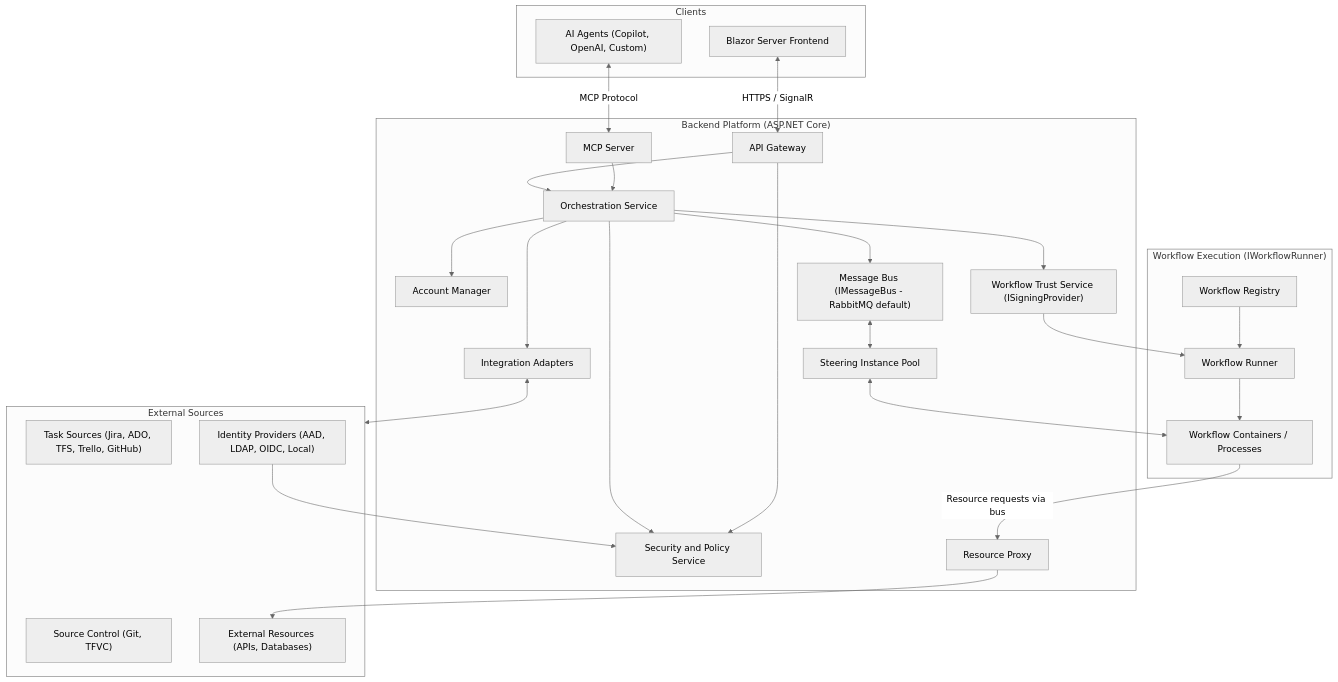
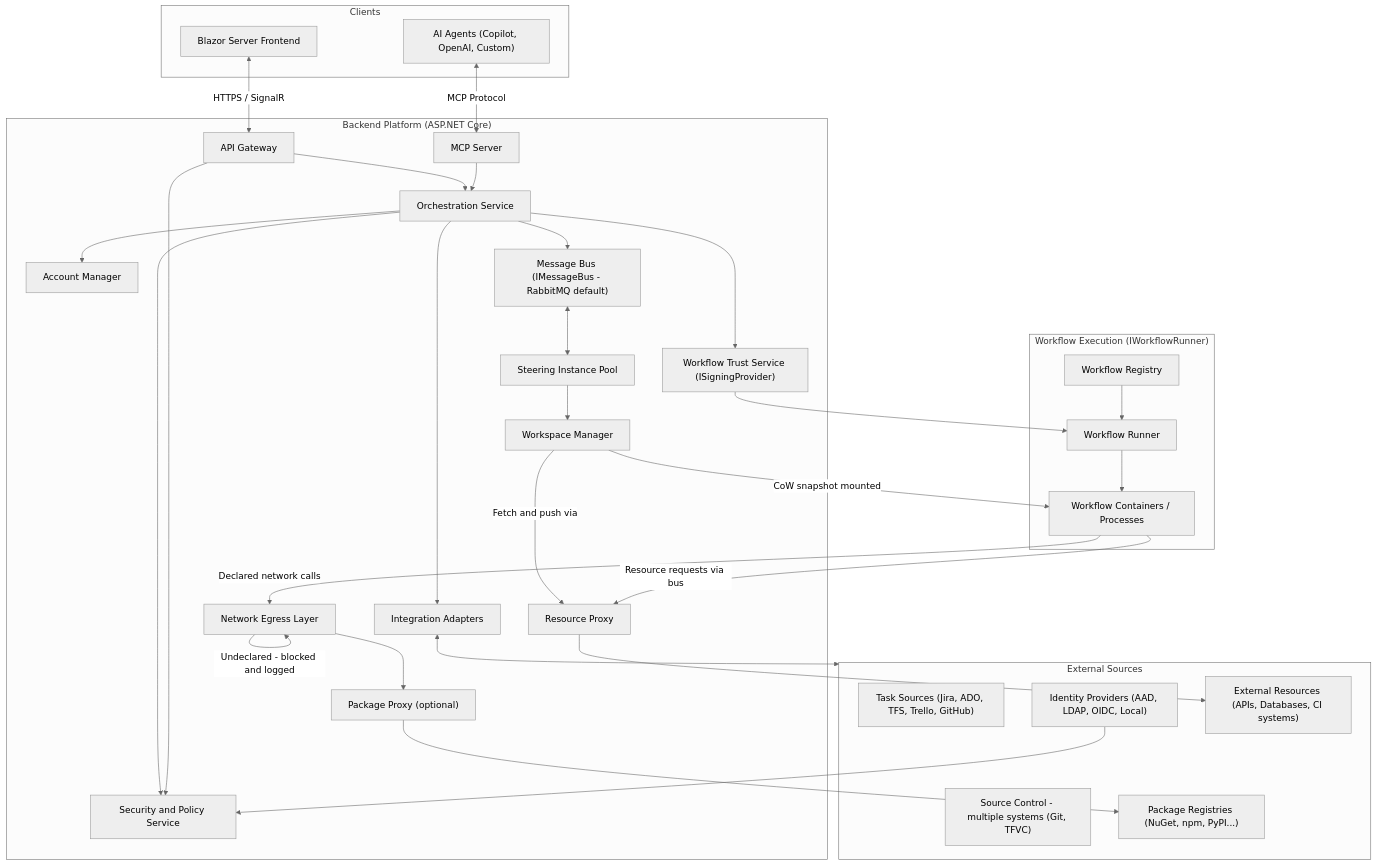
One commit to FelixKlakow/Auxilia changed the first of 11 diagrams in ARCHITECTURE.md. Above: the diagram before and after it, drawn with Mermaid (neutral theme). The commit also changed other lines of this file and 2 other files, not shown here.

````diff
--- a/ARCHITECTURE.md
+++ b/ARCHITECTURE.md
@@ -50,49 +59,59 @@
 ```mermaid
 graph TB
     subgraph Sources["External Sources"]
         TASKS["Task Sources (Jira, ADO, TFS, Trello, GitHub)"]
-        SC["Source Control (Git, TFVC)"]
+        SC["Source Control - multiple systems (Git, TFVC)"]
         IDP["Identity Providers (AAD, LDAP, OIDC, Local)"]
-        EXT["External Resources (APIs, Databases)"]
+        EXT["External Resources (APIs, Databases, CI systems)"]
+        PKG_REG["Package Registries (NuGet, npm, PyPI...)"]
     end
     subgraph Clients["Clients"]
         UI["Blazor Server Frontend"]
         AI["AI Agents (Copilot, OpenAI, Custom)"]
     end
     subgraph Backend["Backend Platform (ASP.NET Core)"]
         GW["API Gateway"]
         MCP["MCP Server"]
         ORCH["Orchestration Service"]
         SEC["Security and Policy Service"]
         ACCT["Account Manager"]
         SIGNING["Workflow Trust Service (ISigningProvider)"]
         ADAPTERS["Integration Adapters"]
         PROXY["Resource Proxy"]
+        WM["Workspace Manager"]
+        NET["Network Egress Layer"]
+        PKG_PROXY["Package Proxy (optional)"]
         BUS["Message Bus (IMessageBus - RabbitMQ default)"]
         SI["Steering Instance Pool"]
     end
     subgraph Execution["Workflow Execution (IWorkflowRunner)"]
         WR["Workflow Runner"]
         REG["Workflow Registry"]
         WF["Workflow Containers / Processes"]
     end
     UI <-->|HTTPS / SignalR| GW
     AI <-->|MCP Protocol| MCP
     MCP --> ORCH
     GW --> ORCH
     GW --> SEC
     ORCH --> SEC
     ORCH --> ACCT
     ORCH --> SIGNING
     ORCH --> ADAPTERS
     ORCH --> BUS
     BUS <--> SI
-    SI <--> WF
+    SI --> WM
+    WM -->|CoW snapshot mounted| WF
     WF -->|Resource requests via bus| PROXY
+    WF -->|Declared network calls| NET
+    NET --> PKG_PROXY
+    NET -->|Undeclared - blocked and logged| NET
+    PKG_PROXY --> PKG_REG
     PROXY --> EXT
+    WM -->|Fetch and push via| PROXY
     SIGNING --> WR
     REG --> WR
     WR --> WF
     ADAPTERS <--> Sources
     IDP --> SEC
 ```
````
